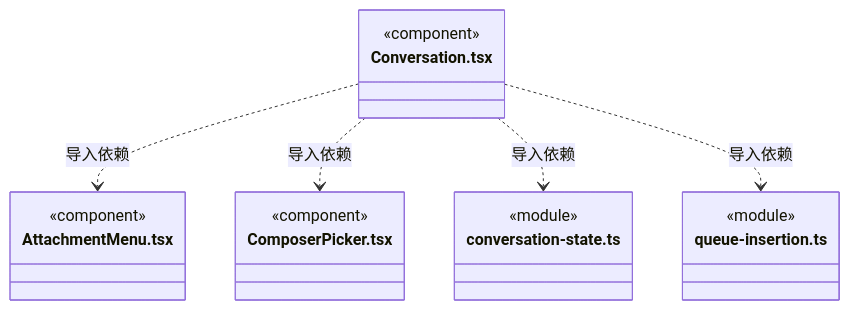
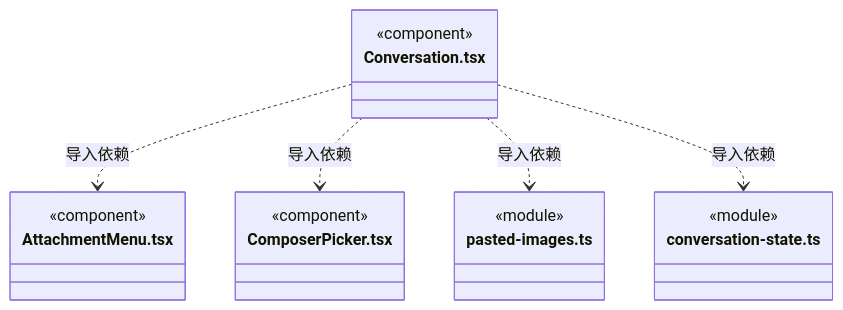
One commit to nan023062/cbim changed diagram 35 of 41 in src/frontend/conversation/ARCHITECTURE.md. Above: the diagram before and after it, drawn with Mermaid. The commit also changed other lines of this file and 21 other files, not shown here.

````diff
--- a/src/frontend/conversation/ARCHITECTURE.md
+++ b/src/frontend/conversation/ARCHITECTURE.md
@@ -499,22 +511,22 @@
 ```mermaid
 classDiagram
 class N_src_frontend_conversation_Conversation_tsx["Conversation.tsx"] {
   <<component>>
 }
 class N_src_frontend_conversation_AttachmentMenu_tsx["AttachmentMenu.tsx"] {
   <<component>>
 }
 class N_src_frontend_conversation_ComposerPicker_tsx["ComposerPicker.tsx"] {
   <<component>>
 }
-class N_src_frontend_conversation_conversation_state_ts["conversation-state.ts"] {
+class N_src_frontend_conversation_pasted_images_ts["pasted-images.ts"] {
   <<module>>
 }
-class N_src_frontend_conversation_queue_insertion_ts["queue-insertion.ts"] {
+class N_src_frontend_conversation_conversation_state_ts["conversation-state.ts"] {
   <<module>>
 }
 N_src_frontend_conversation_Conversation_tsx ..> N_src_frontend_conversation_AttachmentMenu_tsx : 导入依赖
 N_src_frontend_conversation_Conversation_tsx ..> N_src_frontend_conversation_ComposerPicker_tsx : 导入依赖
+N_src_frontend_conversation_Conversation_tsx ..> N_src_frontend_conversation_pasted_images_ts : 导入依赖
 N_src_frontend_conversation_Conversation_tsx ..> N_src_frontend_conversation_conversation_state_ts : 导入依赖
-N_src_frontend_conversation_Conversation_tsx ..> N_src_frontend_conversation_queue_insertion_ts : 导入依赖
 ```
````
